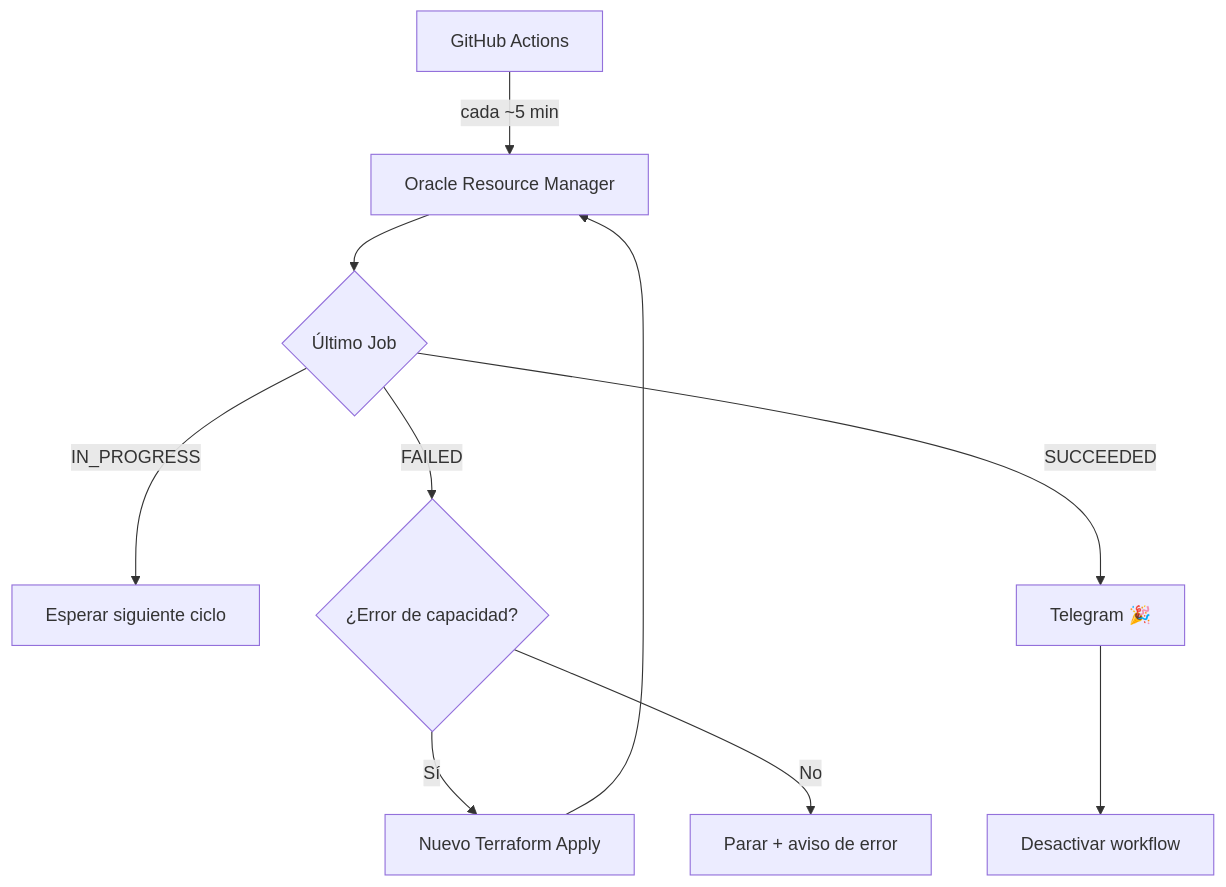
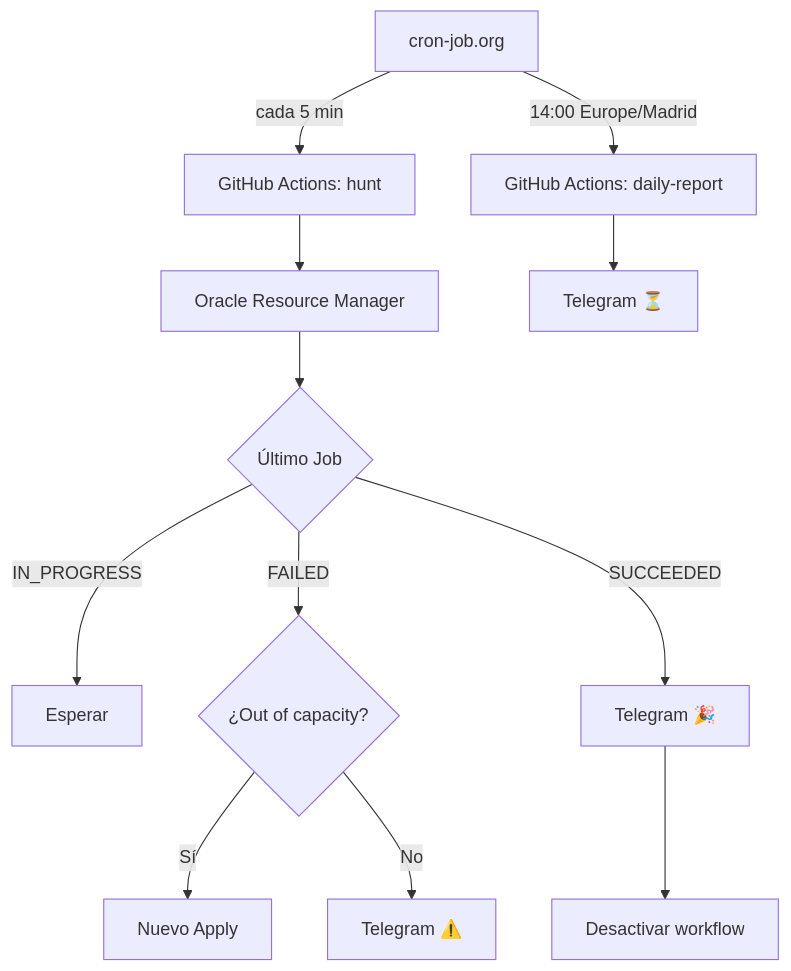
Before and after one commit to erpereh/oracle-a1-hunter: the diagram in README.md, drawn with Mermaid. The commit also changed other lines of this file, not shown here.

Commit message:
Document cron-job.org scheduler setup

````diff
--- a/README.md
+++ b/README.md
@@ -28,12 +30,14 @@
 ```mermaid
 flowchart TD
-    A[GitHub Actions] -->|cada ~5 min| B[Oracle Resource Manager]
-    B --> C{Último Job}
-    C -->|IN_PROGRESS| D[Esperar siguiente ciclo]
-    C -->|FAILED| E{¿Error de capacidad?}
-    E -->|Sí| F[Nuevo Terraform Apply]
-    E -->|No| G[Parar + aviso de error]
-    F --> B
-    C -->|SUCCEEDED| H[Telegram 🎉]
-    H --> I[Desactivar workflow]
+    A[cron-job.org] -->|cada 5 min| B[GitHub Actions: hunt]
+    A -->|14:00 Europe/Madrid| C[GitHub Actions: daily-report]
+    B --> D[Oracle Resource Manager]
+    D --> E{Último Job}
+    E -->|IN_PROGRESS| F[Esperar]
+    E -->|FAILED| G{¿Out of capacity?}
+    G -->|Sí| H[Nuevo Apply]
+    G -->|No| I[Telegram ⚠️]
+    E -->|SUCCEEDED| J[Telegram 🎉]
+    J --> K[Desactivar workflow]
+    C --> L[Telegram ⏳]
 ```
````
